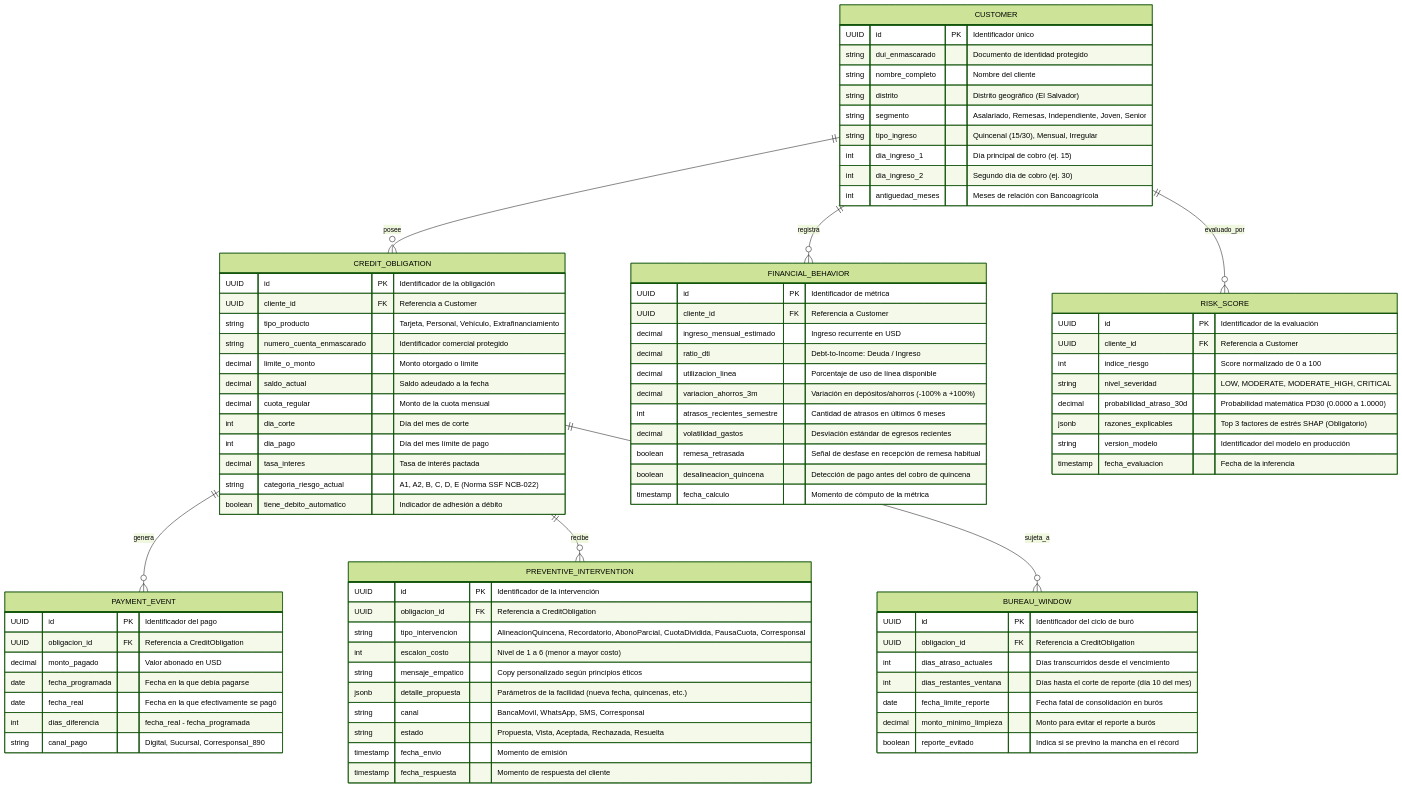
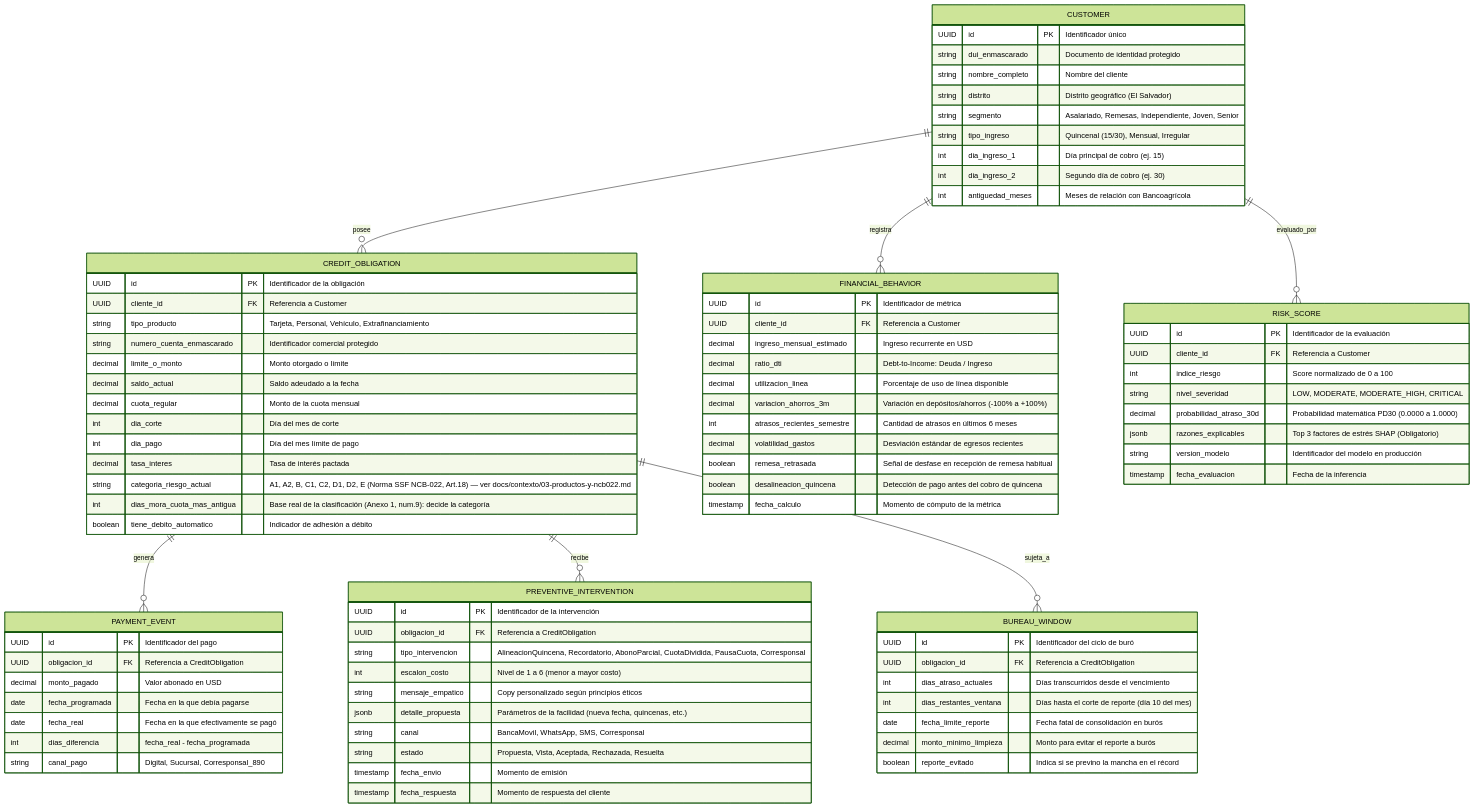
The first of 2 diagrams in UML.md (romerokasl/agricola-entropyhack), drawn with Mermaid (forest theme) before and after one commit. The commit also changed 5 other files, not shown here.

First line of the commit message:
docs(ncb022): investigar elegibilidad de productos y desglosar NCB-022 para consumo/vivienda

```diff
--- a/UML.md
+++ b/UML.md
@@ -40,7 +40,8 @@
         int dia_corte "Día del mes de corte"
         int dia_pago "Día del mes límite de pago"
         decimal tasa_interes "Tasa de interés pactada"
-        string categoria_riesgo_actual "A1, A2, B, C, D, E (Norma SSF NCB-022)"
+        string categoria_riesgo_actual "A1, A2, B, C1, C2, D1, D2, E (Norma SSF NCB-022, Art.18) — ver docs/contexto/03-productos-y-ncb022.md"
+        int dias_mora_cuota_mas_antigua "Base real de la clasificación (Anexo 1, num.9): decide la categoría"
         boolean tiene_debito_automatico "Indicador de adhesión a débito"
     }
 
```
